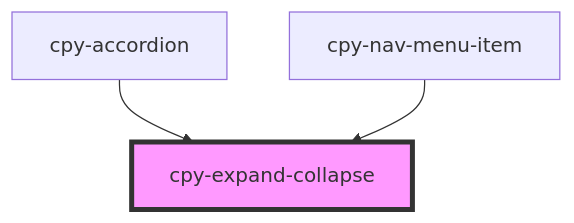
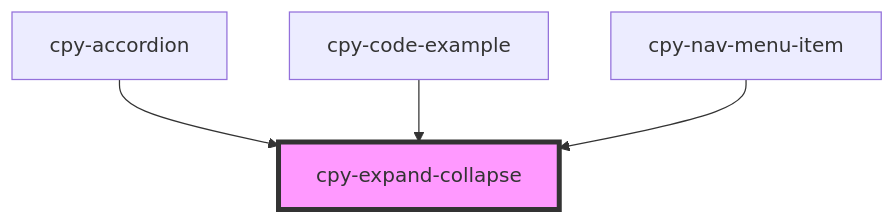
The diagram in stencil-lib/src/components/expand-collapse/readme.md (Lith1um/Canopy-Stencil), drawn with Mermaid before and after one commit. The commit also changed other lines of this file and 29 other files, not shown here.

````diff
--- a/stencil-lib/src/components/expand-collapse/readme.md
+++ b/stencil-lib/src/components/expand-collapse/readme.md
@@ -64,6 +65,7 @@
 ```mermaid
 graph TD;
   cpy-accordion --> cpy-expand-collapse
+  cpy-code-example --> cpy-expand-collapse
   cpy-nav-menu-item --> cpy-expand-collapse
   style cpy-expand-collapse fill:#f9f,stroke:#333,stroke-width:4px
 ```
````
